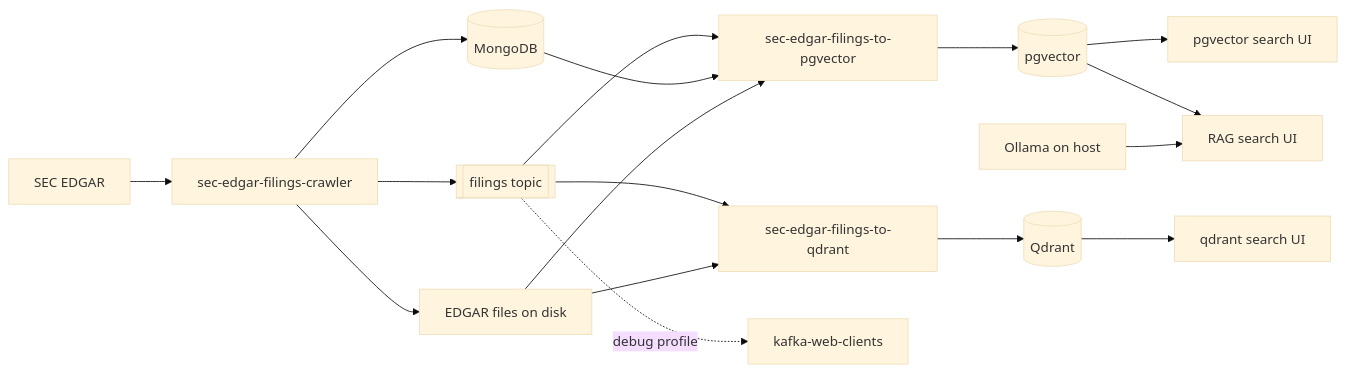
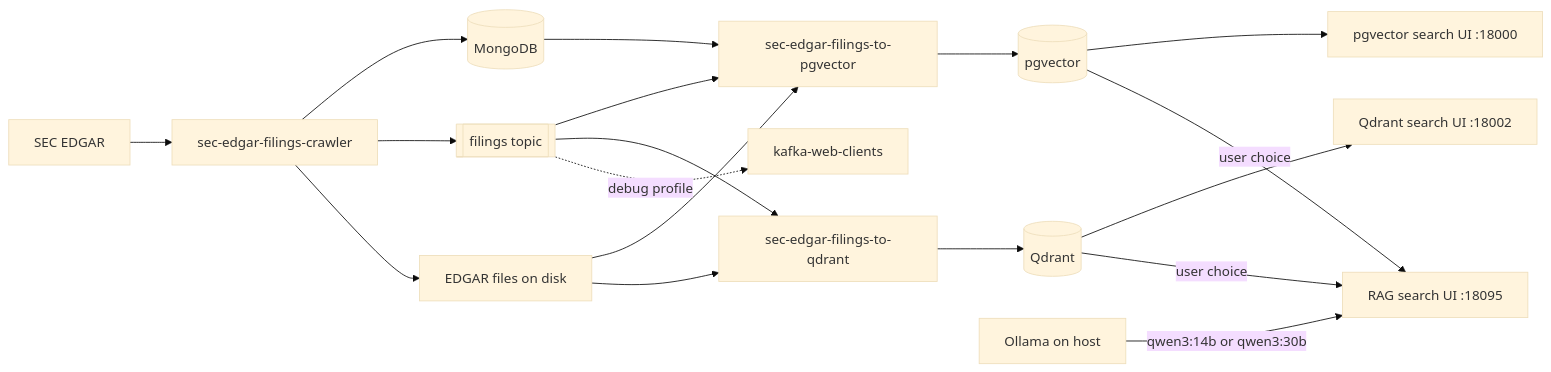
One commit to sanjuthomas/sec-edgar-filings-rag-demo changed the diagram in README.md. Above: the diagram before and after it, drawn with Mermaid (base theme). The commit also changed other lines of this file, not shown here.

Commit message:
Document RAG UI vector store and Ollama model choices in architecture diagram.

````diff
--- a/README.md
+++ b/README.md
@@ -33,21 +33,22 @@
 ```mermaid
 flowchart LR
     SEC["SEC EDGAR"] --> API["sec-edgar-filings-crawler"]
     API --> Mongo[("MongoDB")]
     API --> Kafka[["filings topic"]]
     API --> Disk["EDGAR files on disk"]
 
     Kafka --> ETL["sec-edgar-filings-to-pgvector"]
     Kafka --> QdrantETL["sec-edgar-filings-to-qdrant"]
     Mongo --> ETL
     Disk --> ETL
     Disk --> QdrantETL
     ETL --> PG[("pgvector")]
     QdrantETL --> Qdrant[("Qdrant")]
-    PG --> SearchUI["pgvector search UI"]
-    Qdrant --> QdrantSearch["qdrant search UI"]
-    PG --> UI["RAG search UI"]
-    Ollama["Ollama on host"] --> UI
+    PG --> SearchUI["pgvector search UI :18000"]
+    Qdrant --> QdrantSearch["Qdrant search UI :18002"]
+    PG -->|"user choice"| RAG["RAG search UI :18095"]
+    Qdrant -->|"user choice"| RAG
+    Ollama["Ollama on host"] -->|"qwen3:14b or qwen3:30b"| RAG
 
     Kafka -.->|debug profile| KWC["kafka-web-clients"]
 ```
````
